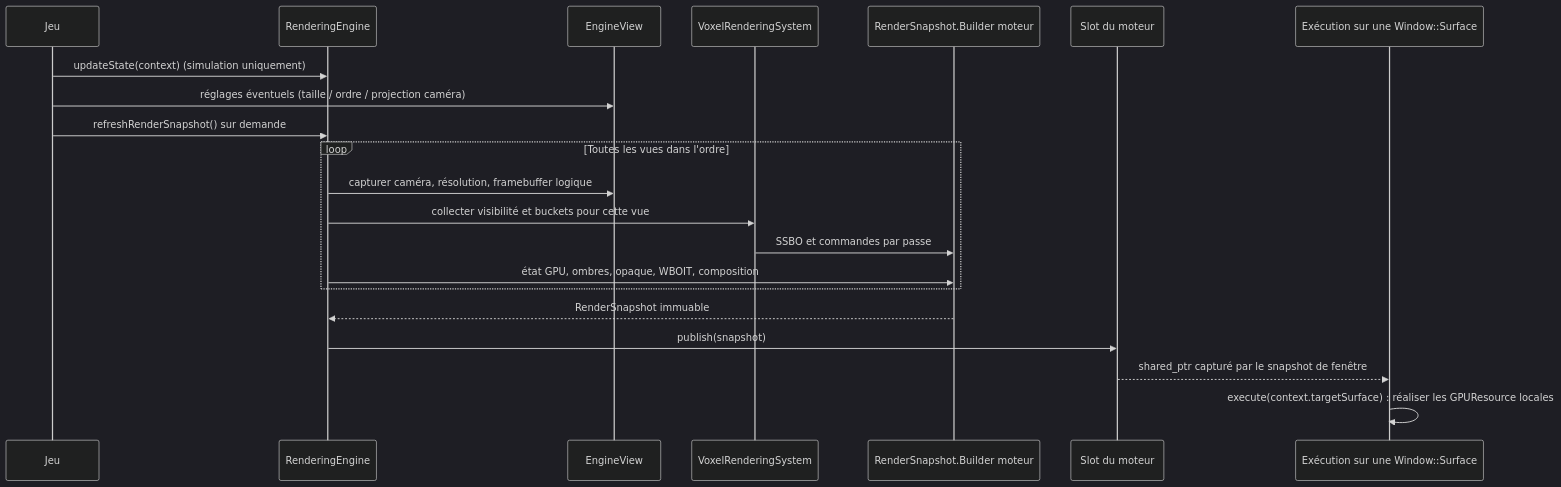
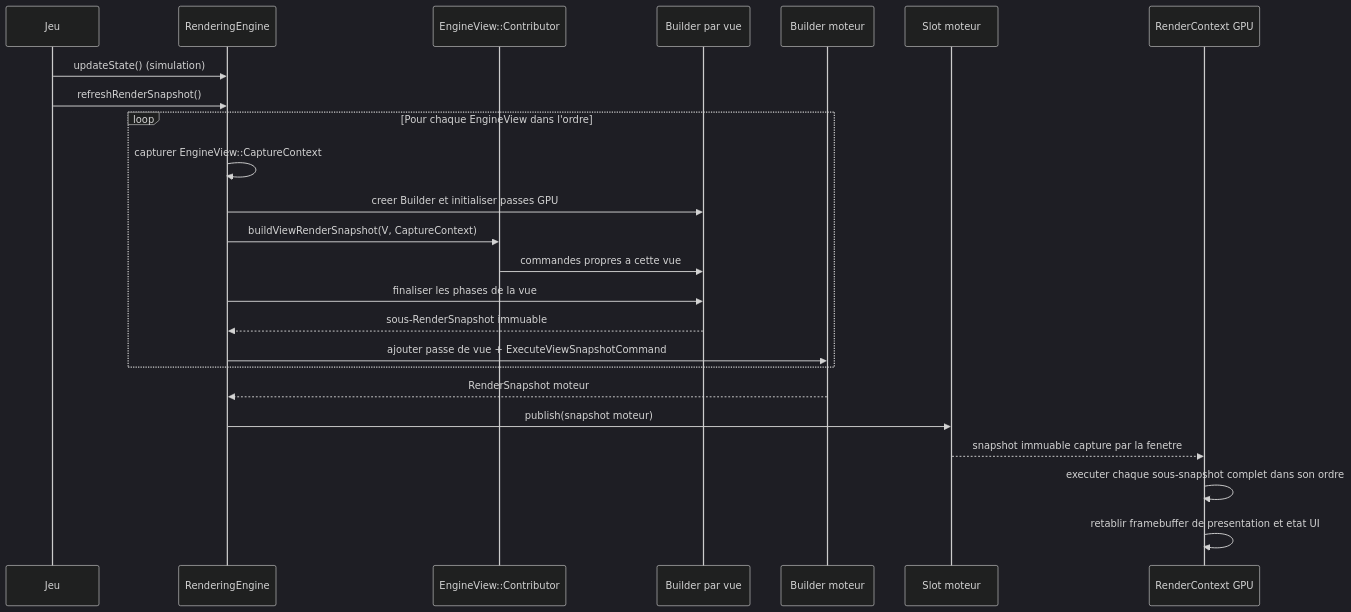
The ninth of 10 diagrams in docs/voxel-engine-v0.1.4-specification.md (EreliaStudio/Sparkle), drawn with Mermaid (dark theme) before and after one commit. The commit also changed other lines of this file, not shown here.

Commit message:
docs(v0.1.4): specify independent EngineView snapshots and explicit GPU state commands

````diff
--- a/docs/voxel-engine-v0.1.4-specification.md
+++ b/docs/voxel-engine-v0.1.4-specification.md
@@ -749,23 +746,26 @@
 ```mermaid
 sequenceDiagram
-  participant Game as Jeu
-  participant Engine as RenderingEngine
-  participant View as EngineView
-  participant Voxel as VoxelRenderingSystem
-  participant Builder as RenderSnapshot.Builder moteur
-  participant Slot as Slot du moteur
-  participant GPU as Exécution sur une Window::Surface
-  Game->>Engine: updateState(context) (simulation uniquement)
-  Game->>View: réglages éventuels (taille / ordre / projection caméra)
-  Game->>Engine: refreshRenderSnapshot() sur demande
-  loop Toutes les vues dans l'ordre
-    Engine->>View: capturer caméra, résolution, framebuffer logique
-    Engine->>Voxel: collecter visibilité et buckets pour cette vue
-    Voxel->>Builder: SSBO et commandes par passe
-    Engine->>Builder: état GPU, ombres, opaque, WBOIT, composition
+  participant G as Jeu
+  participant E as RenderingEngine
+  participant C as EngineView::Contributor
+  participant V as Builder par vue
+  participant M as Builder moteur
+  participant S as Slot moteur
+  participant R as RenderContext GPU
+  G->>E: updateState() (simulation)
+  G->>E: refreshRenderSnapshot()
+  loop Pour chaque EngineView dans l'ordre
+    E->>E: capturer EngineView::CaptureContext
+    E->>V: creer Builder et initialiser passes GPU
+    E->>C: buildViewRenderSnapshot(V, CaptureContext)
+    C->>V: commandes propres a cette vue
+    E->>V: finaliser les phases de la vue
+    V-->>E: sous-RenderSnapshot immuable
+    E->>M: ajouter passe de vue + ExecuteViewSnapshotCommand
   end
-  Builder-->>Engine: RenderSnapshot immuable
-  Engine->>Slot: publish(snapshot)
-  Slot-->>GPU: shared_ptr capturé par le snapshot de fenêtre
-  GPU->>GPU: execute(context.targetSurface) : réaliser les GPUResource locales
+  M-->>E: RenderSnapshot moteur
+  E->>S: publish(snapshot moteur)
+  S-->>R: snapshot immuable capture par la fenetre
+  R->>R: executer chaque sous-snapshot complet dans son ordre
+  R->>R: retablir framebuffer de presentation et etat UI
 ```
````
